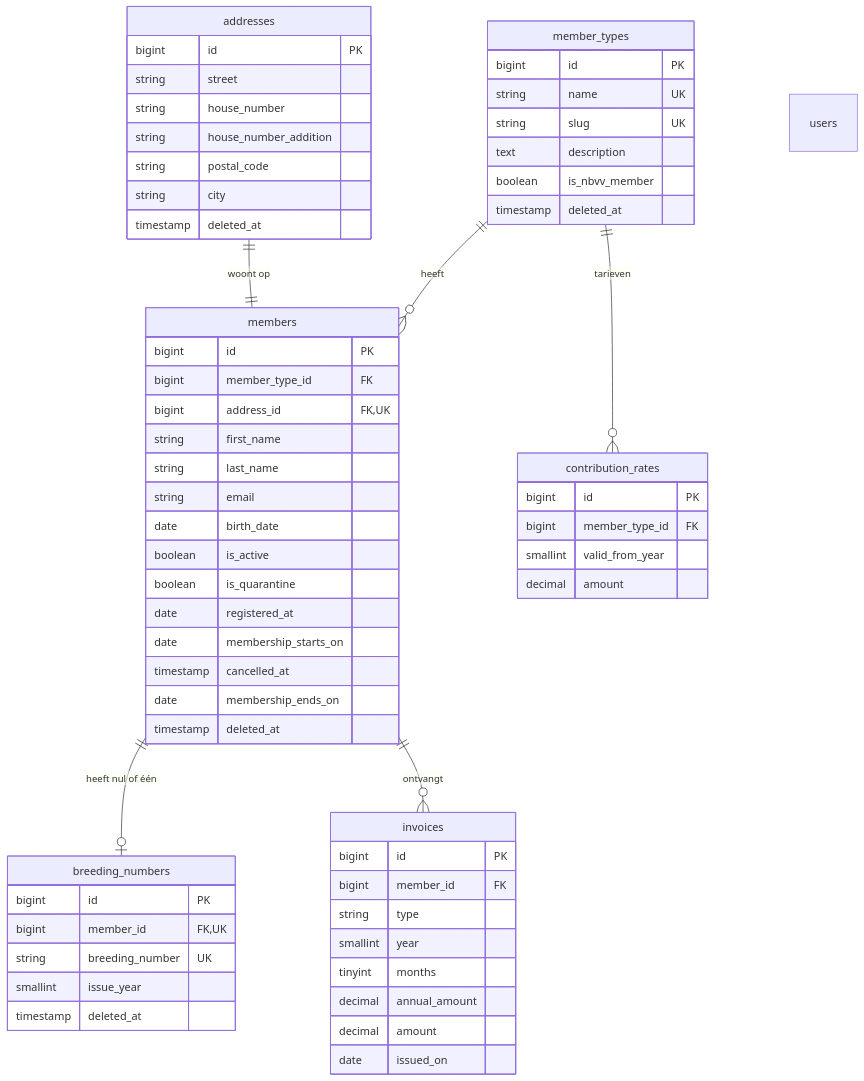
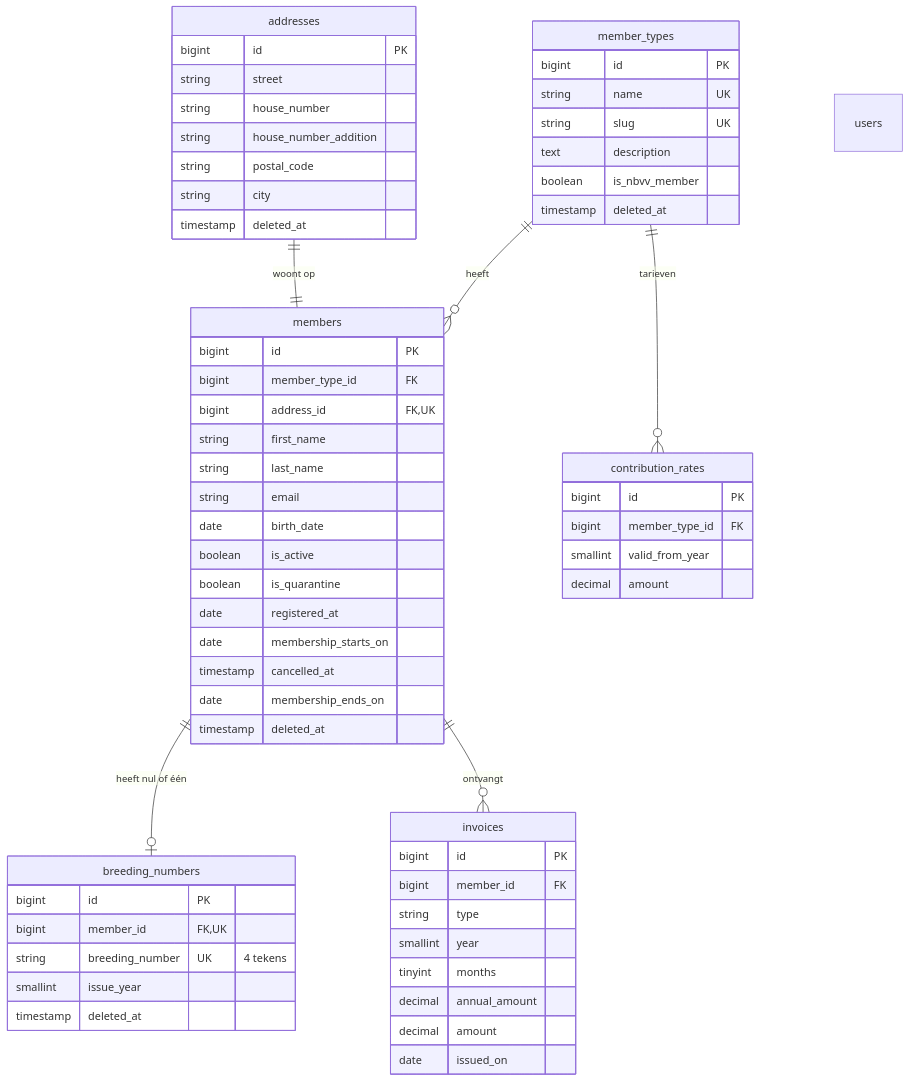
Before and after one commit to JooostS/-t-fratertje: the diagram in README.md, drawn with Mermaid. The commit also changed other lines of this file, not shown here.

````diff
--- a/README.md
+++ b/README.md
@@ -128,66 +126,66 @@
 ```mermaid
 erDiagram
     member_types ||--o{ members : "heeft"
     member_types ||--o{ contribution_rates : "tarieven"
     addresses ||--|| members : "woont op"
     members ||--o| breeding_numbers : "heeft nul of één"
     members ||--o{ invoices : "ontvangt"
     users
 
     member_types {
         bigint id PK
         string name UK
         string slug UK
         text description
         boolean is_nbvv_member
         timestamp deleted_at
     }
     contribution_rates {
         bigint id PK
         bigint member_type_id FK
         smallint valid_from_year
         decimal amount
     }
     addresses {
         bigint id PK
         string street
         string house_number
         string house_number_addition
         string postal_code
         string city
         timestamp deleted_at
     }
     members {
         bigint id PK
         bigint member_type_id FK
         bigint address_id FK,UK
         string first_name
         string last_name
         string email
         date birth_date
         boolean is_active
         boolean is_quarantine
         date registered_at
         date membership_starts_on
         timestamp cancelled_at
         date membership_ends_on
         timestamp deleted_at
     }
     breeding_numbers {
         bigint id PK
         bigint member_id FK,UK
-        string breeding_number UK
+        string breeding_number UK "4 tekens"
         smallint issue_year
         timestamp deleted_at
     }
     invoices {
         bigint id PK
         bigint member_id FK
         string type
         smallint year
         tinyint months
         decimal annual_amount
         decimal amount
         date issued_on
     }
 ```
````
